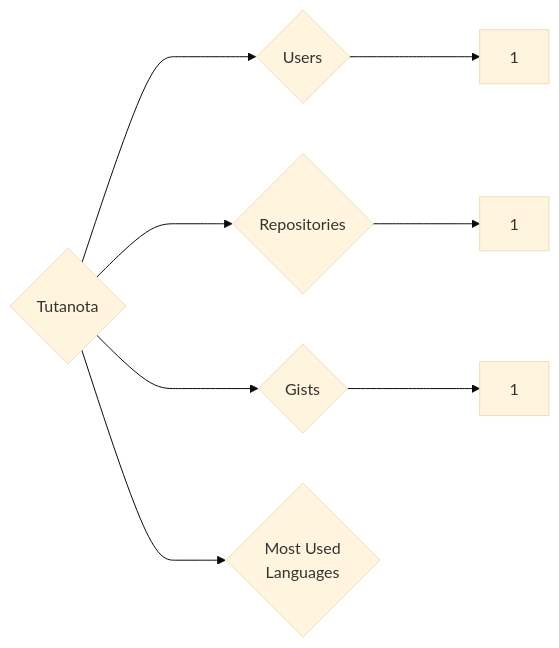
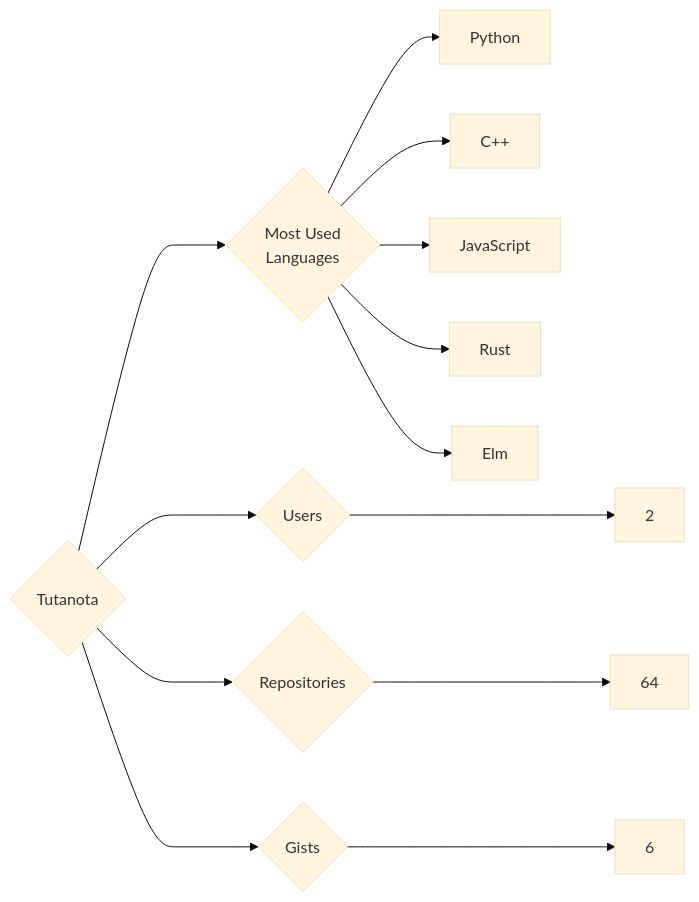
Before and after one commit to trickest/insiders: the diagram in targets/Tutanota/README.md, drawn with Mermaid (base theme). The commit also changed 878 other files, not shown here.

````diff
--- a/targets/Tutanota/README.md
+++ b/targets/Tutanota/README.md
@@ -3,8 +3,13 @@
 ```mermaid
 graph LR
 COMPANY_NAME{Tutanota}
-COMPANY_NAME ---> U{Users} ---> UN[1]
-COMPANY_NAME ---> R{Repositories} ---> RN[1]
-COMPANY_NAME ---> G{Gists} ---> GN[1]
+COMPANY_NAME ---> U{Users} ---> UN[2]
+COMPANY_NAME ---> R{Repositories} ---> RN[64]
+COMPANY_NAME ---> G{Gists} ---> GN[6]
 COMPANY_NAME ---> ML{Most Used<br>Languages}
+ML --> Python[Python]
+ML --> C++[C++]
+ML --> JavaScript[JavaScript]
+ML --> Rust[Rust]
+ML --> Elm[Elm]
 ```
````
